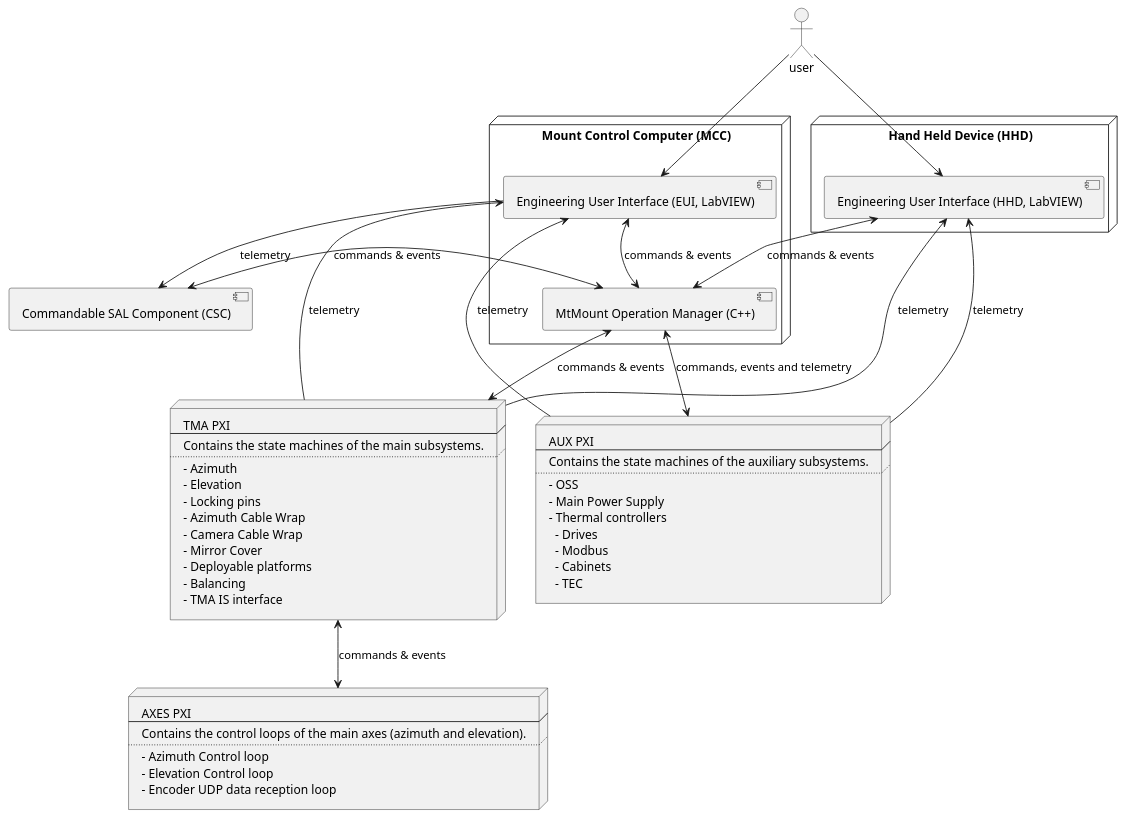
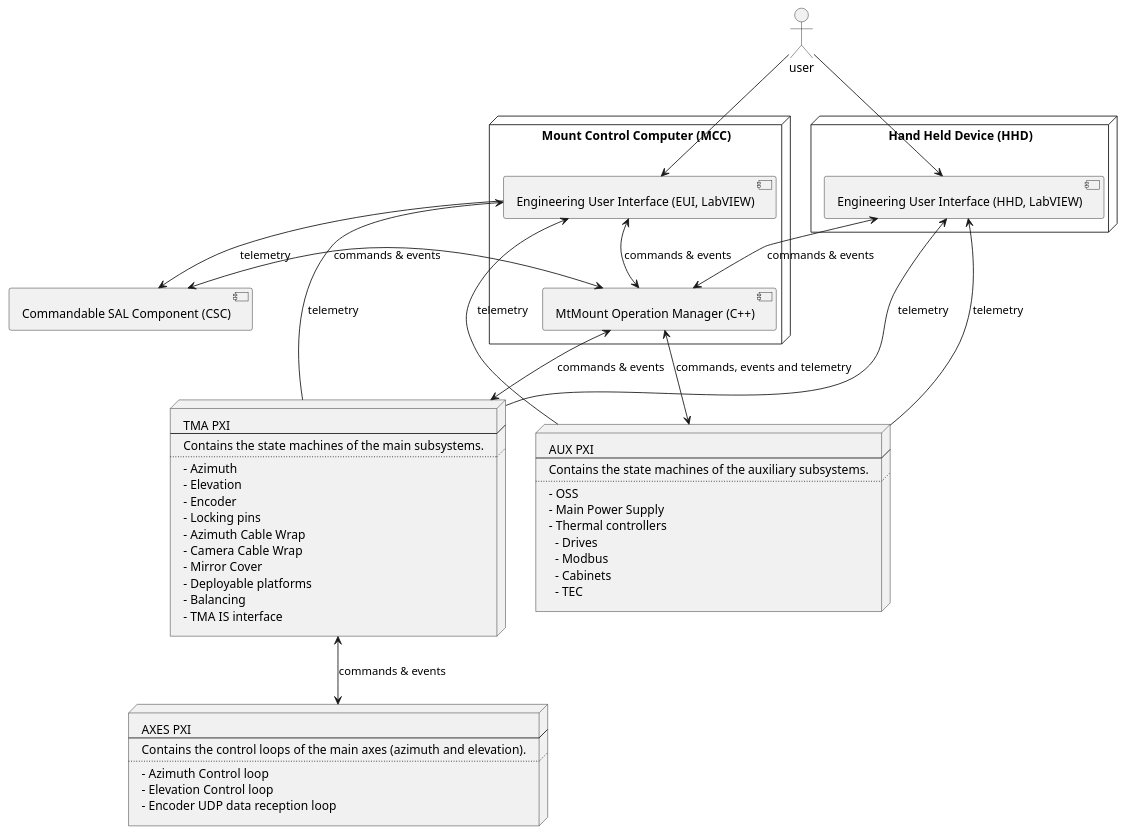
Before and after one commit to lsst-ts/ts_tma_tma-documentation_mcs-sw-design: the second of 10 diagrams in MCS_SW_Design_Report.md, drawn with PlantUML.

Commit message:
fix: add missing system to TMA pxi

````diff
--- a/MCS_SW_Design_Report.md
+++ b/MCS_SW_Design_Report.md
@@ -85,74 +85,75 @@
 ```plantuml
 @startuml
 actor user
 
 component CSC [
   Commandable SAL Component (CSC)
 ]
 
 node "Mount Control Computer (MCC)" {
   component EUI [
   Engineering User Interface (EUI, LabVIEW)]
   component Cpp [
   MtMount Operation Manager (C++)]
 }
 
 node "Hand Held Device (HHD)" {
   component HHD [
   Engineering User Interface (HHD, LabVIEW)]
 }
 
 node TMA_PXI [
   TMA PXI
   --
   Contains the state machines of the main subsystems.
   ..
   - Azimuth
   - Elevation
+  - Encoder
   - Locking pins
   - Azimuth Cable Wrap
   - Camera Cable Wrap
   - Mirror Cover
   - Deployable platforms
   - Balancing
   - TMA IS interface
 ]
 node AUX_PXI [
   AUX PXI
   --
   Contains the state machines of the auxiliary subsystems.
   ..
   - OSS
   - Main Power Supply
   - Thermal controllers
     - Drives
     - Modbus
     - Cabinets
     - TEC
 ]
 node AXES_PXI[
   AXES PXI
   --
   Contains the control loops of the main axes (azimuth and elevation).
   ..
   - Azimuth Control loop
   - Elevation Control loop
   - Encoder UDP data reception loop
 ]
 
 EUI <--> Cpp: commands & events
 HHD <--> Cpp: commands & events
 user --> EUI
 user --> HHD
 Cpp <--> TMA_PXI: commands & events
 TMA_PXI <-d-> AXES_PXI: commands & events
 Cpp <-d-> AUX_PXI: commands, events and telemetry
 TMA_PXI -u-> EUI: telemetry
 TMA_PXI -u-> HHD: telemetry
 AUX_PXI -u-> EUI: telemetry
 AUX_PXI -u-> HHD: telemetry
 EUI -r-> CSC: telemetry
 Cpp <-r-> CSC: commands & events
 
 @enduml
 ```
````
